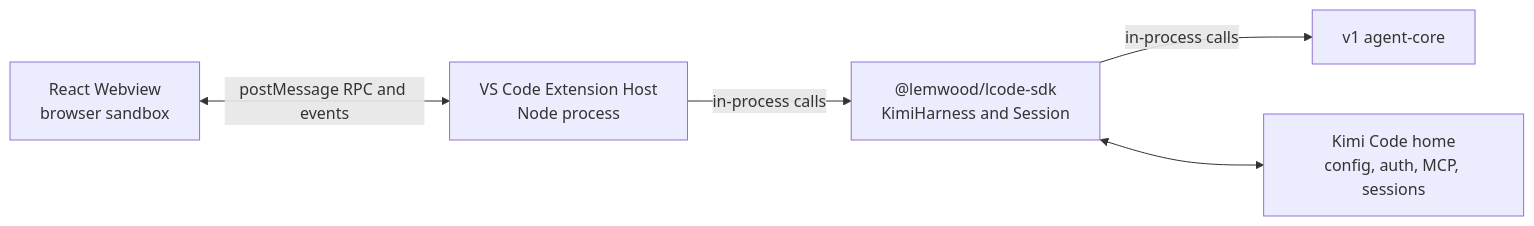
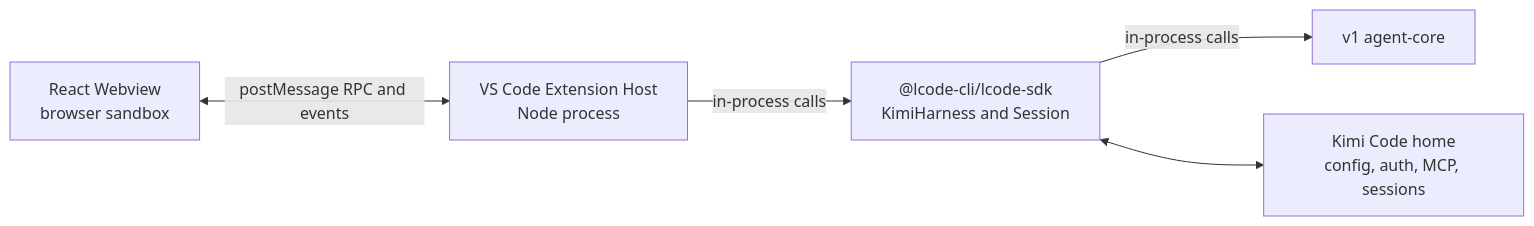
One commit to lemwoods/kimi-code changed the diagram in apps/vscode/docs/node-sdk-migration.md. Above: the diagram before and after it, drawn with Mermaid. The commit also changed other lines of this file and 980 other files, not shown here.

Commit message:
chore: rename npm scope to @lcode-cli

````diff
--- a/apps/vscode/docs/node-sdk-migration.md
+++ b/apps/vscode/docs/node-sdk-migration.md
@@ -57,13 +57,13 @@
 ```mermaid
 flowchart LR
   UI["React Webview<br/>browser sandbox"]
   Host["VS Code Extension Host<br/>Node process"]
-  SDK["@lemwood/lcode-sdk<br/>KimiHarness and Session"]
+  SDK["@lcode-cli/lcode-sdk<br/>KimiHarness and Session"]
   Core["v1 agent-core"]
   Home["Kimi Code home<br/>config, auth, MCP, sessions"]
 
   UI <-->|"postMessage RPC and events"| Host
   Host -->|"in-process calls"| SDK
   SDK -->|"in-process calls"| Core
   SDK <--> Home
 ```
````
